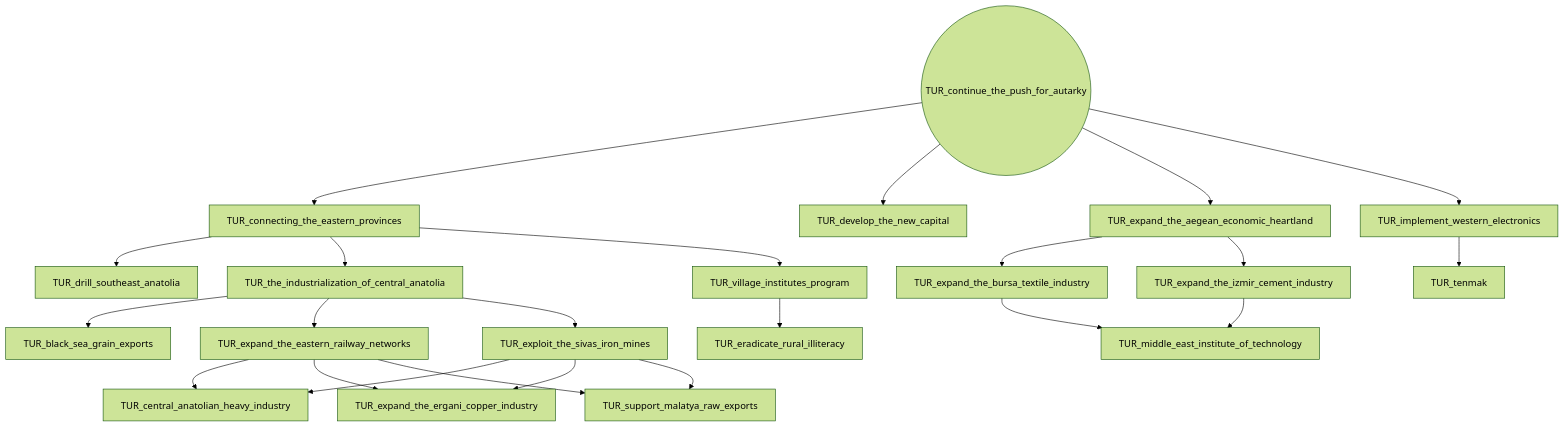
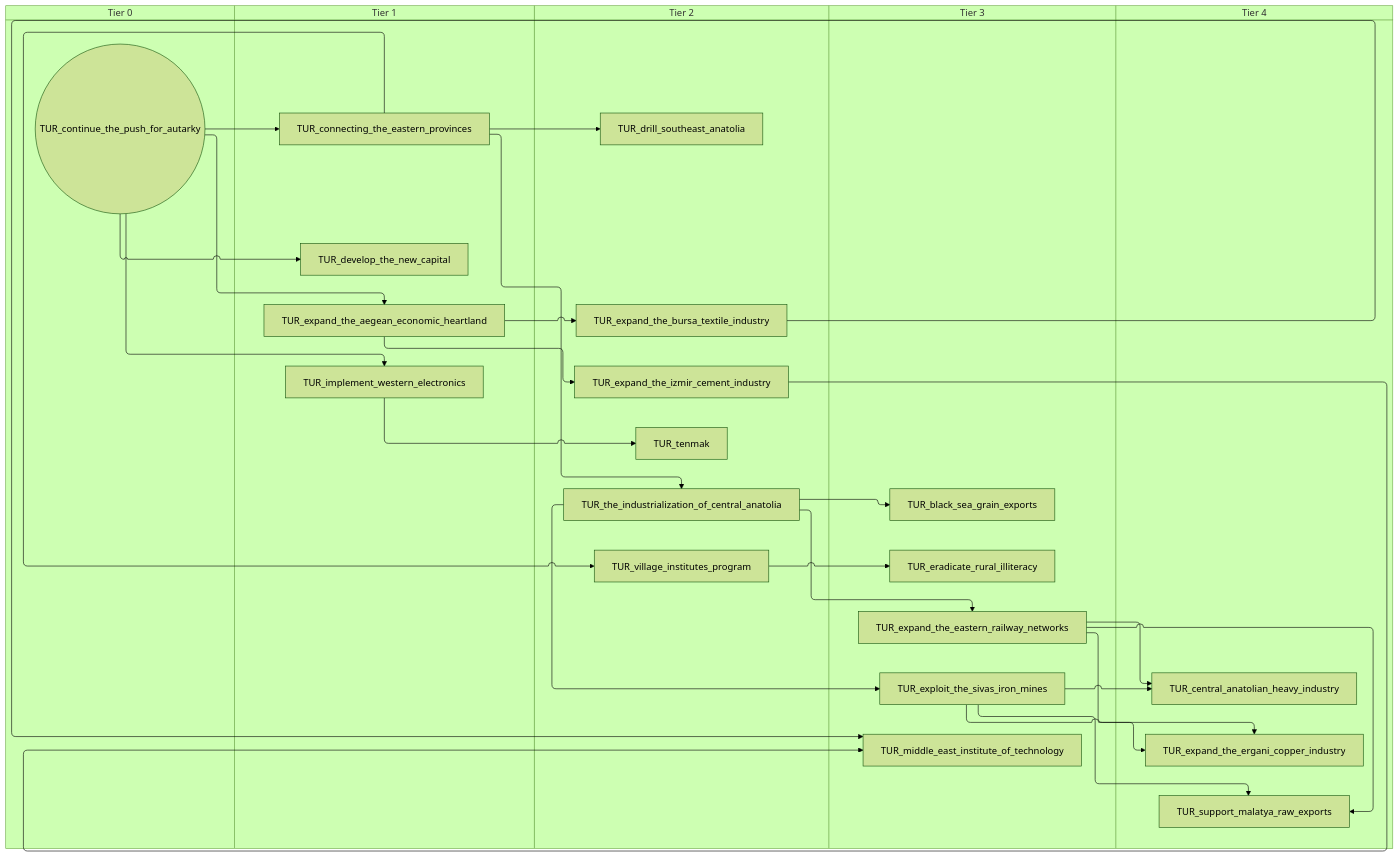
Before and after one commit to evgeny-sobol/hoi4-sandbox-mode-r56: the fourth of 8 diagrams in docs/gdd/National Focuses/r56_turkey.md, drawn with Mermaid (forest theme). The commit also changed other lines of this file and 423 other files, not shown here.

First line of the commit message:
Re-export Rt56 focus trees as swimlane diagrams

````diff
--- a/docs/gdd/National Focuses/r56_turkey.md
+++ b/docs/gdd/National Focuses/r56_turkey.md
@@ -177,44 +211,54 @@
 ```mermaid
-flowchart TD
-    n69["TUR_black_sea_grain_exports"]
-    n70["TUR_central_anatolian_heavy_industry"]
-    n71["TUR_connecting_the_eastern_provinces"]
-    n72(("TUR_continue_the_push_for_autarky"))
-    n73["TUR_develop_the_new_capital"]
-    n74["TUR_drill_southeast_anatolia"]
-    n75["TUR_eradicate_rural_illiteracy"]
-    n76["TUR_expand_the_aegean_economic_heartland"]
-    n77["TUR_expand_the_bursa_textile_industry"]
-    n78["TUR_expand_the_eastern_railway_networks"]
-    n79["TUR_expand_the_ergani_copper_industry"]
-    n80["TUR_expand_the_izmir_cement_industry"]
-    n81["TUR_exploit_the_sivas_iron_mines"]
-    n82["TUR_implement_western_electronics"]
-    n83["TUR_middle_east_institute_of_technology"]
-    n84["TUR_support_malatya_raw_exports"]
-    n85["TUR_tenmak"]
-    n86["TUR_the_industrialization_of_central_anatolia"]
-    n87["TUR_village_institutes_program"]
-    n86 --> n69
-    n81 --> n70
-    n78 --> n70
-    n72 --> n71
-    n72 --> n73
-    n71 --> n74
-    n87 --> n75
+swimlane-beta TD
+    subgraph tier_0["Tier 0"]
+        n69(("TUR_continue_the_push_for_autarky"))
+    end
+    subgraph tier_1["Tier 1"]
+        n70["TUR_connecting_the_eastern_provinces"]
+        n71["TUR_develop_the_new_capital"]
+        n72["TUR_expand_the_aegean_economic_heartland"]
+        n73["TUR_implement_western_electronics"]
+    end
+    subgraph tier_2["Tier 2"]
+        n74["TUR_drill_southeast_anatolia"]
+        n75["TUR_expand_the_bursa_textile_industry"]
+        n76["TUR_expand_the_izmir_cement_industry"]
+        n77["TUR_tenmak"]
+        n78["TUR_the_industrialization_of_central_anatolia"]
+        n79["TUR_village_institutes_program"]
+    end
+    subgraph tier_3["Tier 3"]
+        n80["TUR_black_sea_grain_exports"]
+        n81["TUR_eradicate_rural_illiteracy"]
+        n82["TUR_expand_the_eastern_railway_networks"]
+        n83["TUR_exploit_the_sivas_iron_mines"]
+        n84["TUR_middle_east_institute_of_technology"]
+    end
+    subgraph tier_4["Tier 4"]
+        n85["TUR_central_anatolian_heavy_industry"]
+        n86["TUR_expand_the_ergani_copper_industry"]
+        n87["TUR_support_malatya_raw_exports"]
+    end
+    n78 --> n80
+    n83 --> n85
+    n82 --> n85
+    n69 --> n70
+    n69 --> n71
+    n70 --> n74
+    n79 --> n81
+    n69 --> n72
+    n72 --> n75
+    n78 --> n82
+    n83 --> n86
+    n82 --> n86
     n72 --> n76
-    n76 --> n77
-    n86 --> n78
-    n81 --> n79
-    n78 --> n79
-    n76 --> n80
-    n86 --> n81
-    n72 --> n82
-    n80 --> n83
-    n77 --> n83
-    n81 --> n84
-    n78 --> n84
-    n82 --> n85
-    n71 --> n86
-    n71 --> n87
+    n78 --> n83
+    n69 --> n73
+    n76 --> n84
+    n75 --> n84
+    n83 --> n87
+    n82 --> n87
+    n73 --> n77
+    n70 --> n78
+    n70 --> n79
 ```
````
